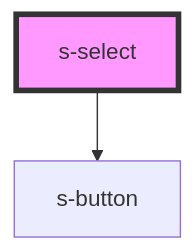
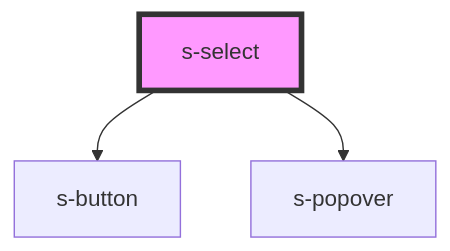
Before and after one commit to SeanWong24/s-elements: the diagram in src/components/s-select/readme.md, drawn with Mermaid. The commit also changed other lines of this file and 1 other file, not shown here.

````diff
--- a/src/components/s-select/readme.md
+++ b/src/components/s-select/readme.md
@@ -31,5 +32,6 @@
 ```mermaid
 graph TD;
   s-select --> s-button
+  s-select --> s-popover
   style s-select fill:#f9f,stroke:#333,stroke-width:4px
 ```
````
